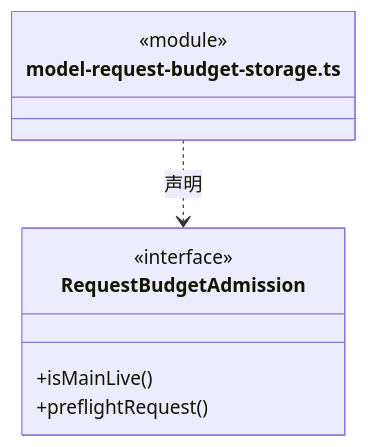
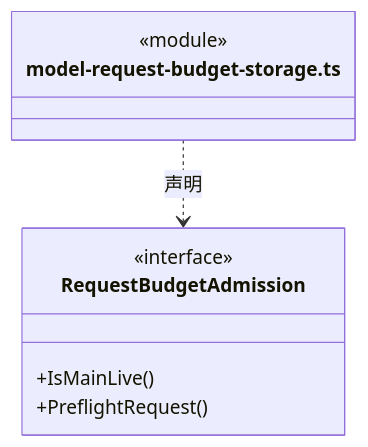
One commit to nan023062/cbim changed the fourth of 19 diagrams in src/logic/budget/rules/ARCHITECTURE.md. Above: the diagram before and after it, drawn with Mermaid. The commit also changed other lines of this file and 1035 other files, not shown here.

````diff
--- a/src/logic/budget/rules/ARCHITECTURE.md
+++ b/src/logic/budget/rules/ARCHITECTURE.md
@@ -96,12 +96,12 @@
 ```mermaid
 classDiagram
 class N_src_logic_budget_rules_model_request_budget_storage_ts["model-request-budget-storage.ts"] {
   <<module>>
 }
 class N_src_logic_budget_rules_model_request_budget_storage_ts_RequestBudgetAdmission["RequestBudgetAdmission"] {
   <<interface>>
-  +isMainLive()
-  +preflightRequest()
+  +IsMainLive()
+  +PreflightRequest()
 }
 N_src_logic_budget_rules_model_request_budget_storage_ts ..> N_src_logic_budget_rules_model_request_budget_storage_ts_RequestBudgetAdmission : 声明
 ```
````
